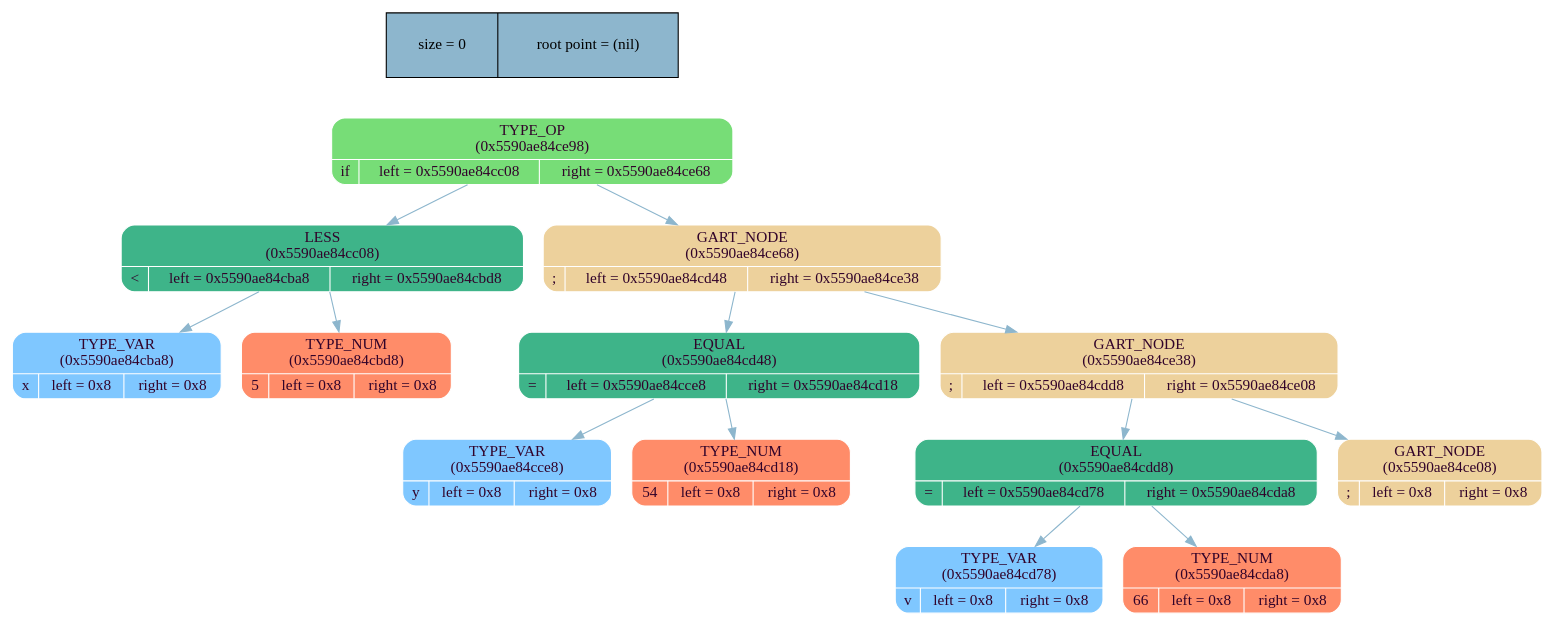
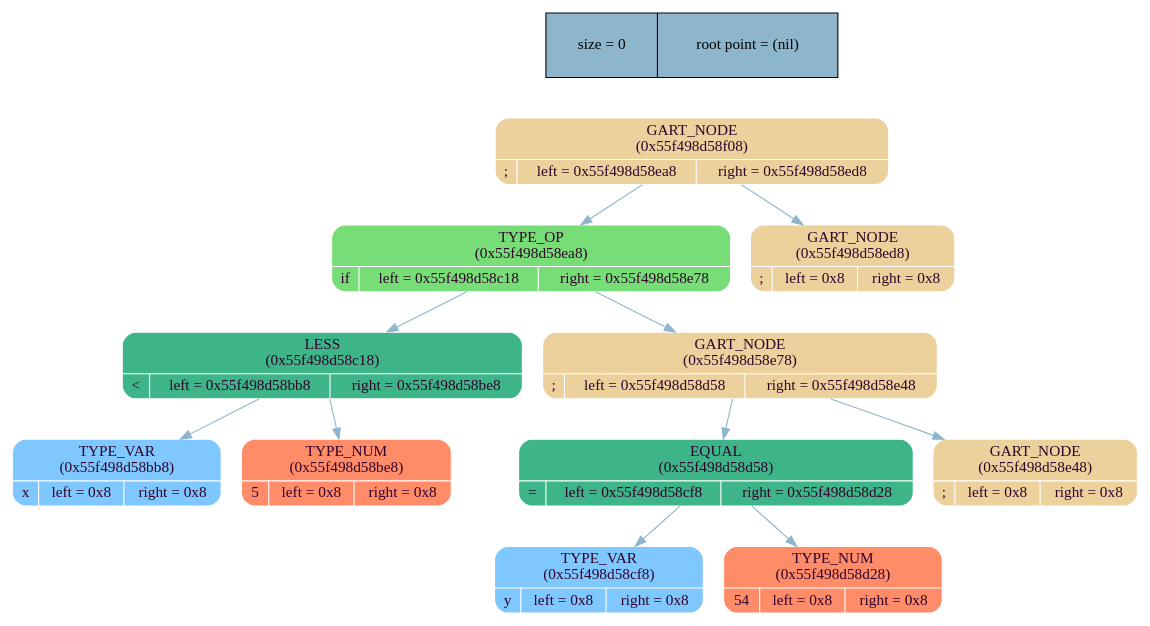
The diagram in frontend/tree/graph_lib/tree_dump.dot (MaxGroshev/language), drawn with Graphviz before and after one commit. The commit also changed 4 other files, not shown here.

```diff
--- a/frontend/tree/graph_lib/tree_dump.dot
+++ b/frontend/tree/graph_lib/tree_dump.dot
@@ -1,34 +1,30 @@
 digraph   
 {
 rankdir = ""
 splines = "true"
 
 node_stat [margin = "0.3*0.3", style = "filled", shape = "record", fillcolor = "#8DB6CD" label = " size = 0 | root point = (nil)"]
 {rank = source; node_stat}
 
-node0x5590ae84ce98 [shape = "Mrecord", fillcolor = "#77DD77", style = "filled", fontcolor = "#31032A", fontname = "Calibri", color = "white", label = "{TYPE_OP\n (0x5590ae84ce98)| {if |left = 0x5590ae84cc08 |right = 0x5590ae84ce68}}"]
-node0x5590ae84ce98 -> node0x5590ae84cc08 [color = "#8DB6CD", style = "", constraint = true, fillcolor = "#8DB6CD",   fontcolor = "", fontname = "Calibri", label = ""];
-node0x5590ae84cc08 [shape = "Mrecord", fillcolor = "#3EB489", style = "filled", fontcolor = "#31032A", fontname = "Calibri", color = "white", label = "{LESS\n (0x5590ae84cc08)| {\< |left = 0x5590ae84cba8 |right = 0x5590ae84cbd8}}"]
-node0x5590ae84cc08 -> node0x5590ae84cba8 [color = "#8DB6CD", style = "", constraint = true, fillcolor = "#8DB6CD",   fontcolor = "", fontname = "Calibri", label = ""];
-node0x5590ae84cba8 [shape = "Mrecord", fillcolor = "#7FC7FF", style = "filled", fontcolor = "#31032A", fontname = "Calibri", color = "white", label = "{TYPE_VAR\n (0x5590ae84cba8)| {x |left = 0x8 |right = 0x8}}"]
-node0x5590ae84cc08 -> node0x5590ae84cbd8 [color = "#8DB6CD", style = "", constraint = true, fillcolor = "#8DB6CD",   fontcolor = "", fontname = "Calibri", label = ""];
-node0x5590ae84cbd8 [shape = "Mrecord", fillcolor = "#FF8C69", style = "filled", fontcolor = "#31032A", fontname = "Calibri", color = "white", label = "{TYPE_NUM\n (0x5590ae84cbd8)| {5 |left = 0x8 |right = 0x8}}"]
-node0x5590ae84ce98 -> node0x5590ae84ce68 [color = "#8DB6CD", style = "", constraint = true, fillcolor = "#8DB6CD",   fontcolor = "", fontname = "Calibri", label = ""];
-node0x5590ae84ce68 [shape = "Mrecord", fillcolor = "#EDD19C", style = "filled", fontcolor = "#31032A", fontname = "Calibri", color = "white", label = "{GART_NODE\n (0x5590ae84ce68)| {; |left = 0x5590ae84cd48 |right = 0x5590ae84ce38}}"]
-node0x5590ae84ce68 -> node0x5590ae84cd48 [color = "#8DB6CD", style = "", constraint = true, fillcolor = "#8DB6CD",   fontcolor = "", fontname = "Calibri", label = ""];
-node0x5590ae84cd48 [shape = "Mrecord", fillcolor = "#3EB489", style = "filled", fontcolor = "#31032A", fontname = "Calibri", color = "white", label = "{EQUAL\n (0x5590ae84cd48)| {= |left = 0x5590ae84cce8 |right = 0x5590ae84cd18}}"]
-node0x5590ae84cd48 -> node0x5590ae84cce8 [color = "#8DB6CD", style = "", constraint = true, fillcolor = "#8DB6CD",   fontcolor = "", fontname = "Calibri", label = ""];
-node0x5590ae84cce8 [shape = "Mrecord", fillcolor = "#7FC7FF", style = "filled", fontcolor = "#31032A", fontname = "Calibri", color = "white", label = "{TYPE_VAR\n (0x5590ae84cce8)| {y |left = 0x8 |right = 0x8}}"]
-node0x5590ae84cd48 -> node0x5590ae84cd18 [color = "#8DB6CD", style = "", constraint = true, fillcolor = "#8DB6CD",   fontcolor = "", fontname = "Calibri", label = ""];
-node0x5590ae84cd18 [shape = "Mrecord", fillcolor = "#FF8C69", style = "filled", fontcolor = "#31032A", fontname = "Calibri", color = "white", label = "{TYPE_NUM\n (0x5590ae84cd18)| {54 |left = 0x8 |right = 0x8}}"]
-node0x5590ae84ce68 -> node0x5590ae84ce38 [color = "#8DB6CD", style = "", constraint = true, fillcolor = "#8DB6CD",   fontcolor = "", fontname = "Calibri", label = ""];
-node0x5590ae84ce38 [shape = "Mrecord", fillcolor = "#EDD19C", style = "filled", fontcolor = "#31032A", fontname = "Calibri", color = "white", label = "{GART_NODE\n (0x5590ae84ce38)| {; |left = 0x5590ae84cdd8 |right = 0x5590ae84ce08}}"]
-node0x5590ae84ce38 -> node0x5590ae84cdd8 [color = "#8DB6CD", style = "", constraint = true, fillcolor = "#8DB6CD",   fontcolor = "", fontname = "Calibri", label = ""];
-node0x5590ae84cdd8 [shape = "Mrecord", fillcolor = "#3EB489", style = "filled", fontcolor = "#31032A", fontname = "Calibri", color = "white", label = "{EQUAL\n (0x5590ae84cdd8)| {= |left = 0x5590ae84cd78 |right = 0x5590ae84cda8}}"]
-node0x5590ae84cdd8 -> node0x5590ae84cd78 [color = "#8DB6CD", style = "", constraint = true, fillcolor = "#8DB6CD",   fontcolor = "", fontname = "Calibri", label = ""];
-node0x5590ae84cd78 [shape = "Mrecord", fillcolor = "#7FC7FF", style = "filled", fontcolor = "#31032A", fontname = "Calibri", color = "white", label = "{TYPE_VAR\n (0x5590ae84cd78)| {v |left = 0x8 |right = 0x8}}"]
-node0x5590ae84cdd8 -> node0x5590ae84cda8 [color = "#8DB6CD", style = "", constraint = true, fillcolor = "#8DB6CD",   fontcolor = "", fontname = "Calibri", label = ""];
-node0x5590ae84cda8 [shape = "Mrecord", fillcolor = "#FF8C69", style = "filled", fontcolor = "#31032A", fontname = "Calibri", color = "white", label = "{TYPE_NUM\n (0x5590ae84cda8)| {66 |left = 0x8 |right = 0x8}}"]
-node0x5590ae84ce38 -> node0x5590ae84ce08 [color = "#8DB6CD", style = "", constraint = true, fillcolor = "#8DB6CD",   fontcolor = "", fontname = "Calibri", label = ""];
-node0x5590ae84ce08 [shape = "Mrecord", fillcolor = "#EDD19C", style = "filled", fontcolor = "#31032A", fontname = "Calibri", color = "white", label = "{GART_NODE\n (0x5590ae84ce08)| {; |left = 0x8 |right = 0x8}}"]
+node0x55f498d58f08 [shape = "Mrecord", fillcolor = "#EDD19C", style = "filled", fontcolor = "#31032A", fontname = "Calibri", color = "white", label = "{GART_NODE\n (0x55f498d58f08)| {; |left = 0x55f498d58ea8 |right = 0x55f498d58ed8}}"]
+node0x55f498d58f08 -> node0x55f498d58ea8 [color = "#8DB6CD", style = "", constraint = true, fillcolor = "#8DB6CD",   fontcolor = "", fontname = "Calibri", label = ""];
+node0x55f498d58ea8 [shape = "Mrecord", fillcolor = "#77DD77", style = "filled", fontcolor = "#31032A", fontname = "Calibri", color = "white", label = "{TYPE_OP\n (0x55f498d58ea8)| {if |left = 0x55f498d58c18 |right = 0x55f498d58e78}}"]
+node0x55f498d58ea8 -> node0x55f498d58c18 [color = "#8DB6CD", style = "", constraint = true, fillcolor = "#8DB6CD",   fontcolor = "", fontname = "Calibri", label = ""];
+node0x55f498d58c18 [shape = "Mrecord", fillcolor = "#3EB489", style = "filled", fontcolor = "#31032A", fontname = "Calibri", color = "white", label = "{LESS\n (0x55f498d58c18)| {\< |left = 0x55f498d58bb8 |right = 0x55f498d58be8}}"]
+node0x55f498d58c18 -> node0x55f498d58bb8 [color = "#8DB6CD", style = "", constraint = true, fillcolor = "#8DB6CD",   fontcolor = "", fontname = "Calibri", label = ""];
+node0x55f498d58bb8 [shape = "Mrecord", fillcolor = "#7FC7FF", style = "filled", fontcolor = "#31032A", fontname = "Calibri", color = "white", label = "{TYPE_VAR\n (0x55f498d58bb8)| {x |left = 0x8 |right = 0x8}}"]
+node0x55f498d58c18 -> node0x55f498d58be8 [color = "#8DB6CD", style = "", constraint = true, fillcolor = "#8DB6CD",   fontcolor = "", fontname = "Calibri", label = ""];
+node0x55f498d58be8 [shape = "Mrecord", fillcolor = "#FF8C69", style = "filled", fontcolor = "#31032A", fontname = "Calibri", color = "white", label = "{TYPE_NUM\n (0x55f498d58be8)| {5 |left = 0x8 |right = 0x8}}"]
+node0x55f498d58ea8 -> node0x55f498d58e78 [color = "#8DB6CD", style = "", constraint = true, fillcolor = "#8DB6CD",   fontcolor = "", fontname = "Calibri", label = ""];
+node0x55f498d58e78 [shape = "Mrecord", fillcolor = "#EDD19C", style = "filled", fontcolor = "#31032A", fontname = "Calibri", color = "white", label = "{GART_NODE\n (0x55f498d58e78)| {; |left = 0x55f498d58d58 |right = 0x55f498d58e48}}"]
+node0x55f498d58e78 -> node0x55f498d58d58 [color = "#8DB6CD", style = "", constraint = true, fillcolor = "#8DB6CD",   fontcolor = "", fontname = "Calibri", label = ""];
+node0x55f498d58d58 [shape = "Mrecord", fillcolor = "#3EB489", style = "filled", fontcolor = "#31032A", fontname = "Calibri", color = "white", label = "{EQUAL\n (0x55f498d58d58)| {= |left = 0x55f498d58cf8 |right = 0x55f498d58d28}}"]
+node0x55f498d58d58 -> node0x55f498d58cf8 [color = "#8DB6CD", style = "", constraint = true, fillcolor = "#8DB6CD",   fontcolor = "", fontname = "Calibri", label = ""];
+node0x55f498d58cf8 [shape = "Mrecord", fillcolor = "#7FC7FF", style = "filled", fontcolor = "#31032A", fontname = "Calibri", color = "white", label = "{TYPE_VAR\n (0x55f498d58cf8)| {y |left = 0x8 |right = 0x8}}"]
+node0x55f498d58d58 -> node0x55f498d58d28 [color = "#8DB6CD", style = "", constraint = true, fillcolor = "#8DB6CD",   fontcolor = "", fontname = "Calibri", label = ""];
+node0x55f498d58d28 [shape = "Mrecord", fillcolor = "#FF8C69", style = "filled", fontcolor = "#31032A", fontname = "Calibri", color = "white", label = "{TYPE_NUM\n (0x55f498d58d28)| {54 |left = 0x8 |right = 0x8}}"]
+node0x55f498d58e78 -> node0x55f498d58e48 [color = "#8DB6CD", style = "", constraint = true, fillcolor = "#8DB6CD",   fontcolor = "", fontname = "Calibri", label = ""];
+node0x55f498d58e48 [shape = "Mrecord", fillcolor = "#EDD19C", style = "filled", fontcolor = "#31032A", fontname = "Calibri", color = "white", label = "{GART_NODE\n (0x55f498d58e48)| {; |left = 0x8 |right = 0x8}}"]
+node0x55f498d58f08 -> node0x55f498d58ed8 [color = "#8DB6CD", style = "", constraint = true, fillcolor = "#8DB6CD",   fontcolor = "", fontname = "Calibri", label = ""];
+node0x55f498d58ed8 [shape = "Mrecord", fillcolor = "#EDD19C", style = "filled", fontcolor = "#31032A", fontname = "Calibri", color = "white", label = "{GART_NODE\n (0x55f498d58ed8)| {; |left = 0x8 |right = 0x8}}"]
 }
```
